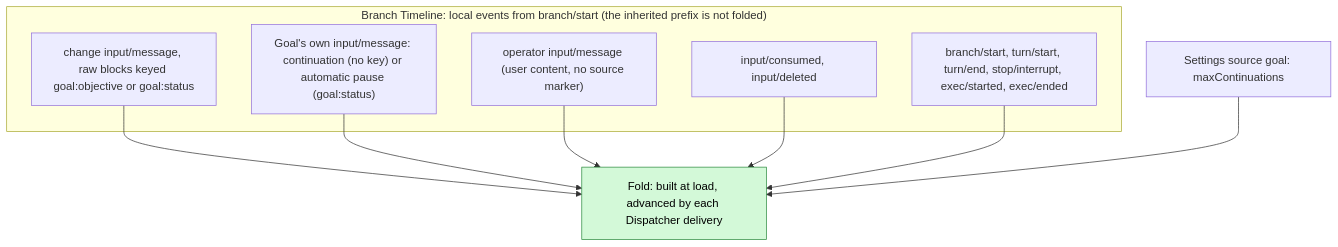
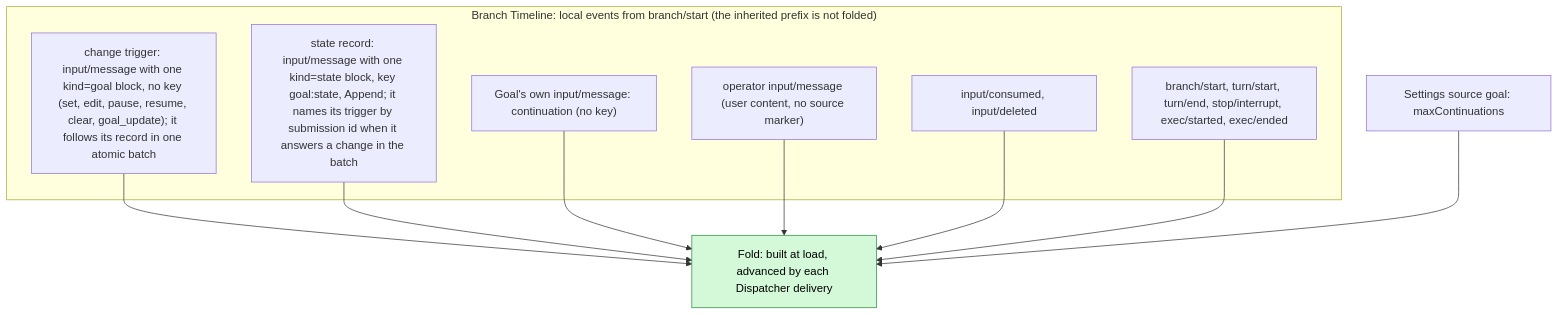
The second of 7 diagrams in docs/design/plugins/Goal.md (CoutinhoTTS/dim-agent), drawn with Mermaid before and after one commit. The commit also changed other lines of this file and 229 other files, not shown here.

First line of the commit message:
refactor(timeline): query properties and bound history consumers

````diff
--- a/docs/design/plugins/Goal.md
+++ b/docs/design/plugins/Goal.md
@@ -49,19 +51,21 @@
 ```mermaid
 flowchart TB
   subgraph TLB["Branch Timeline: local events from branch/start (the inherited prefix is not folded)"]
-    GBK["change input/message, raw blocks keyed goal:objective or goal:status"]
-    CI["Goal's own input/message: continuation (no key) or automatic pause (goal:status)"]
+    TR["change trigger: input/message with one kind=goal block, no key (set, edit, pause, resume, clear, goal_update); it follows its record in one atomic batch"]
+    SR["state record: input/message with one kind=state block, key goal:state, Append; it names its trigger by submission id when it answers a change in the batch"]
+    CI["Goal's own input/message: continuation (no key)"]
     OI["operator input/message (user content, no source marker)"]
     IC["input/consumed, input/deleted"]
     TE["branch/start, turn/start, turn/end, stop/interrupt, exec/started, exec/ended"]
   end
   CFG["Settings source goal: maxContinuations"]
   VIEW["Fold: built at load, advanced by each Dispatcher delivery"]:::new
-  GBK --> VIEW
+  TR --> VIEW
+  SR --> VIEW
   CI --> VIEW
   OI --> VIEW
   IC --> VIEW
   TE --> VIEW
   CFG --> VIEW
   classDef new fill:#d3f9d8,stroke:#2b8a3e,color:#000
 ```
````
